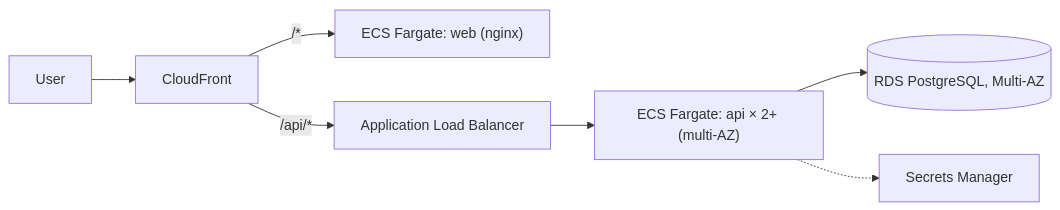
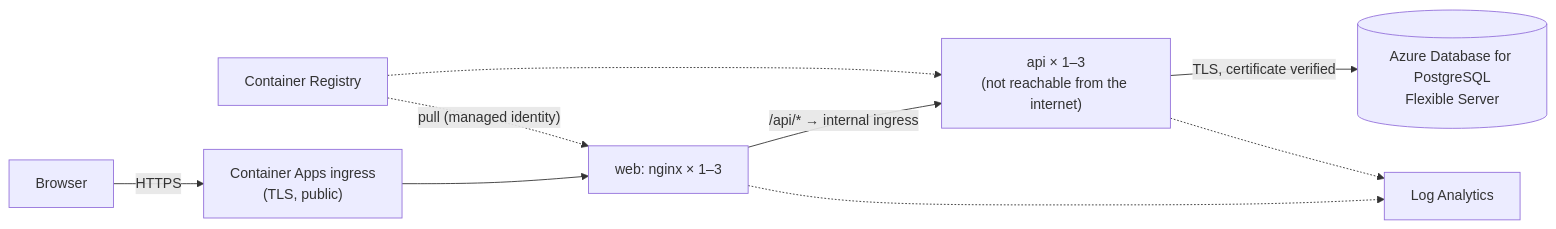
Before and after one commit to zarkara/todo-app: the second of 2 diagrams in README.md, drawn with Mermaid. The commit also changed other lines of this file and 7 other files, not shown here.

````diff
--- a/README.md
+++ b/README.md
@@ -148,9 +147,11 @@
 ```mermaid
 flowchart LR
-  User --> CF["CloudFront"]
-  CF -->|"/*"| WebSvc["ECS Fargate: web (nginx)"]
-  CF -->|"/api/*"| ALB["Application Load Balancer"]
-  ALB --> ApiSvc["ECS Fargate: api × 2+ (multi-AZ)"]
-  ApiSvc --> RDS[("RDS PostgreSQL, Multi-AZ")]
-  ApiSvc -.-> SM["Secrets Manager"]
+  Browser -->|HTTPS| Ingress["Container Apps ingress<br/>(TLS, public)"]
+  Ingress --> Web["web: nginx × 1–3"]
+  Web -->|"/api/* → internal ingress"| Api["api × 1–3<br/>(not reachable from the internet)"]
+  Api -->|"TLS, certificate verified"| PG[("Azure Database for PostgreSQL<br/>Flexible Server")]
+  ACR["Container Registry"] -.->|"pull (managed identity)"| Web
+  ACR -.-> Api
+  Web -.-> Logs["Log Analytics"]
+  Api -.-> Logs
 ```
````
